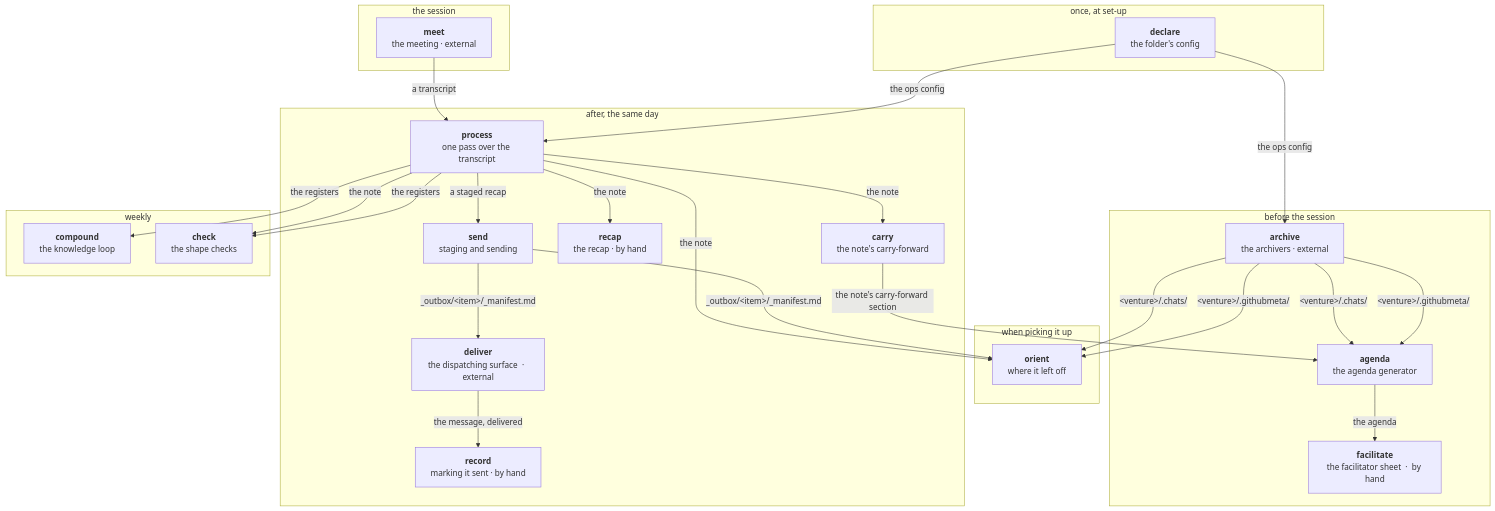
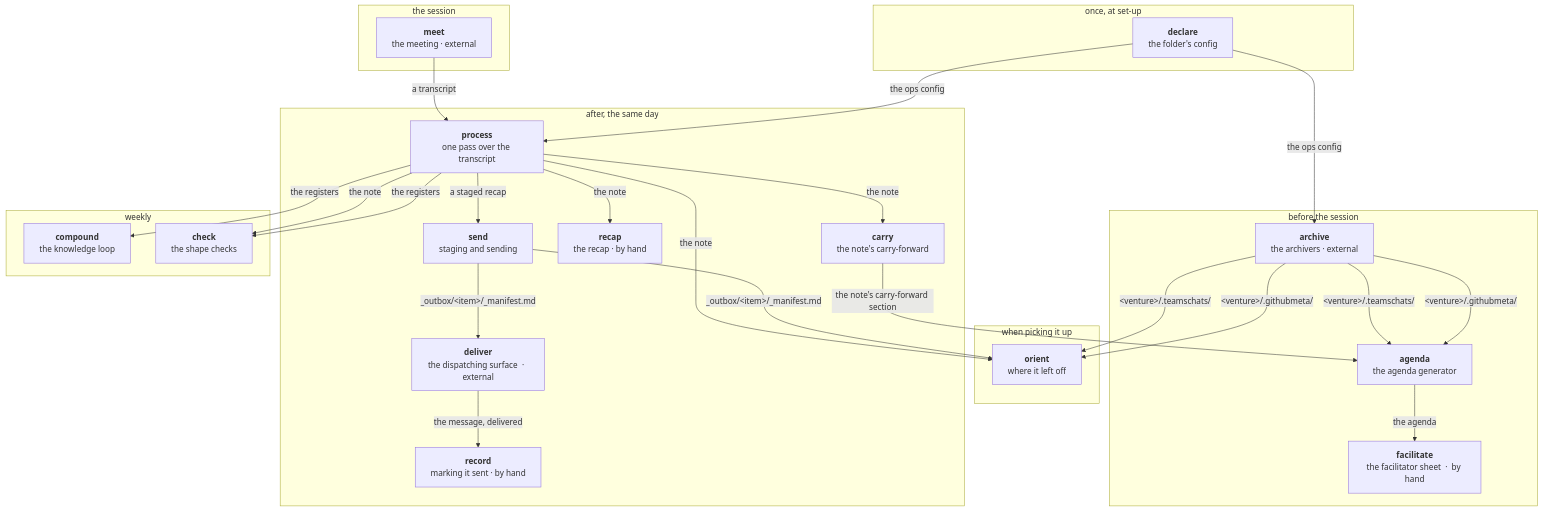
The diagram in README.md (tandregbg/core-claude-skills), drawn with Mermaid before and after one commit. The commit also changed other lines of this file and 9 other files, not shown here.

First line of the commit message:
Rename .chats/ to .teamschats/ (CR-068, contract 21)

````diff
--- a/README.md
+++ b/README.md
@@ -16,49 +16,49 @@
 ```mermaid
 graph TB
     subgraph p0["when picking it up"]
         orient["<b>orient</b><br/>where it left off"]
     end
     subgraph p1["once, at set-up"]
         declare["<b>declare</b><br/>the folder's config"]
     end
     subgraph p2["before the session"]
         archive["<b>archive</b><br/>the archivers  ·  external"]
         agenda["<b>agenda</b><br/>the agenda generator"]
         facilitate["<b>facilitate</b><br/>the facilitator sheet  ·  by hand"]
     end
     subgraph p3["the session"]
         meet["<b>meet</b><br/>the meeting  ·  external"]
     end
     subgraph p4["after, the same day"]
         process["<b>process</b><br/>one pass over the transcript"]
         carry["<b>carry</b><br/>the note's carry-forward"]
         recap["<b>recap</b><br/>the recap  ·  by hand"]
         send["<b>send</b><br/>staging and sending"]
         deliver["<b>deliver</b><br/>the dispatching surface  ·  external"]
         record["<b>record</b><br/>marking it sent  ·  by hand"]
     end
     subgraph p5["weekly"]
         compound["<b>compound</b><br/>the knowledge loop"]
         check["<b>check</b><br/>the shape checks"]
     end
 
     process -->|the note| orient
     send -->|_outbox/&lt;item&gt;/_manifest.md| orient
-    archive -->|&lt;venture&gt;/.chats/| orient
+    archive -->|&lt;venture&gt;/.teamschats/| orient
     archive -->|&lt;venture&gt;/.githubmeta/| orient
     declare -->|the ops config| archive
-    archive -->|&lt;venture&gt;/.chats/| agenda
+    archive -->|&lt;venture&gt;/.teamschats/| agenda
     archive -->|&lt;venture&gt;/.githubmeta/| agenda
     carry -->|the note's carry-forward section| agenda
     agenda -->|the agenda| facilitate
     meet -->|a transcript| process
     declare -->|the ops config| process
     process -->|the note| carry
     process -->|the note| recap
     process -->|a staged recap| send
     send -->|_outbox/&lt;item&gt;/_manifest.md| deliver
     deliver -->|the message, delivered| record
     process -->|the registers| compound
     process -->|the note| check
     process -->|the registers| check
 ```
````
